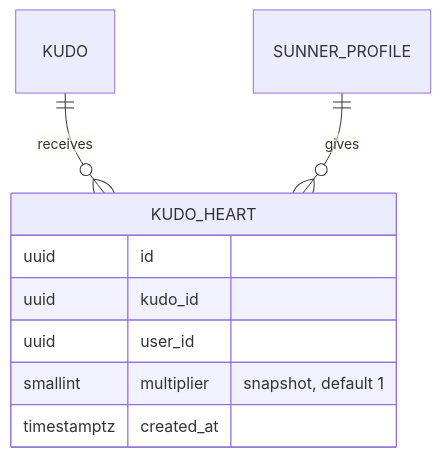
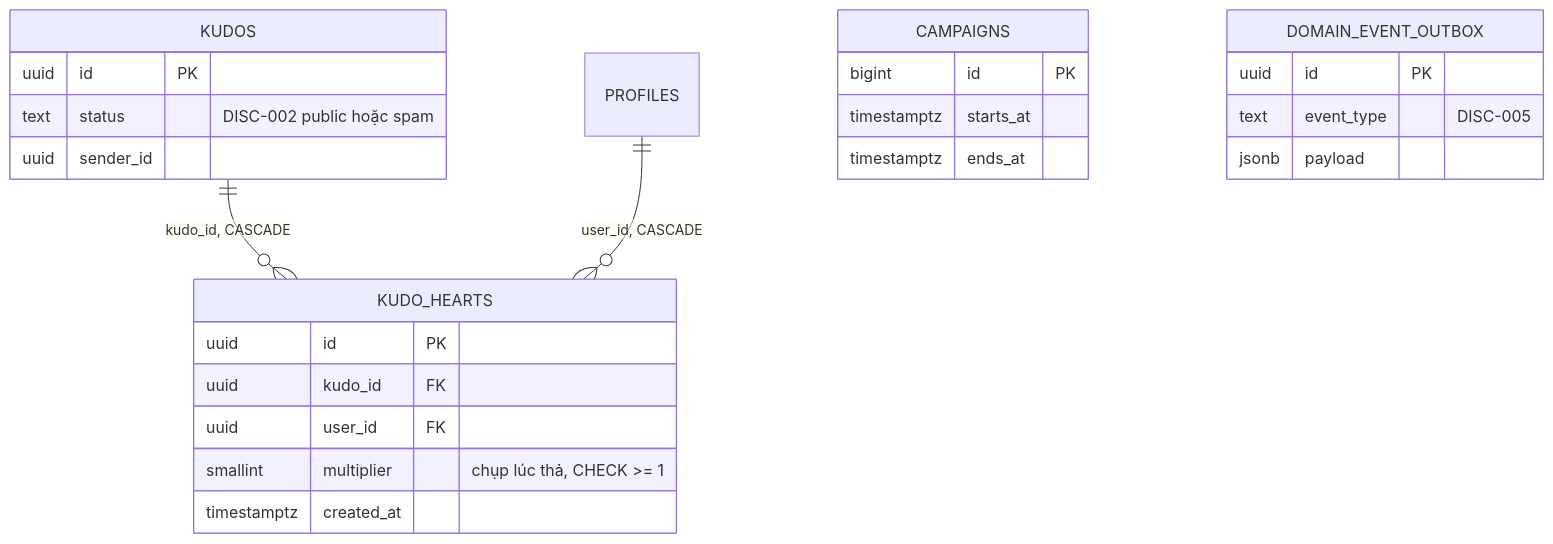
The third of 4 diagrams in docs/features/F005_KudosHearts/technical-spec.md (hailv-3571/agentic-coding-hands-on), drawn with Mermaid before and after one commit. The commit also changed other lines of this file and 250 other files, not shown here.

````diff
--- a/docs/features/F005_KudosHearts/technical-spec.md
+++ b/docs/features/F005_KudosHearts/technical-spec.md
@@ -183,12 +276,27 @@
 ```mermaid
 erDiagram
-    KUDO ||--o{ KUDO_HEART : "receives"
-    SUNNER_PROFILE ||--o{ KUDO_HEART : "gives"
-    KUDO_HEART {
-        uuid id
-        uuid kudo_id
-        uuid user_id
-        smallint multiplier "snapshot, default 1"
+    KUDOS ||--o{ KUDO_HEARTS : "kudo_id, CASCADE"
+    PROFILES ||--o{ KUDO_HEARTS : "user_id, CASCADE"
+    KUDO_HEARTS {
+        uuid id PK
+        uuid kudo_id FK
+        uuid user_id FK
+        smallint multiplier "chụp lúc thả, CHECK >= 1"
         timestamptz created_at
     }
+    KUDOS {
+        uuid id PK
+        text status "DISC-002 public hoặc spam"
+        uuid sender_id
+    }
+    CAMPAIGNS {
+        bigint id PK
+        timestamptz starts_at
+        timestamptz ends_at
+    }
+    DOMAIN_EVENT_OUTBOX {
+        uuid id PK
+        text event_type "DISC-005"
+        jsonb payload
+    }
 ```
````
